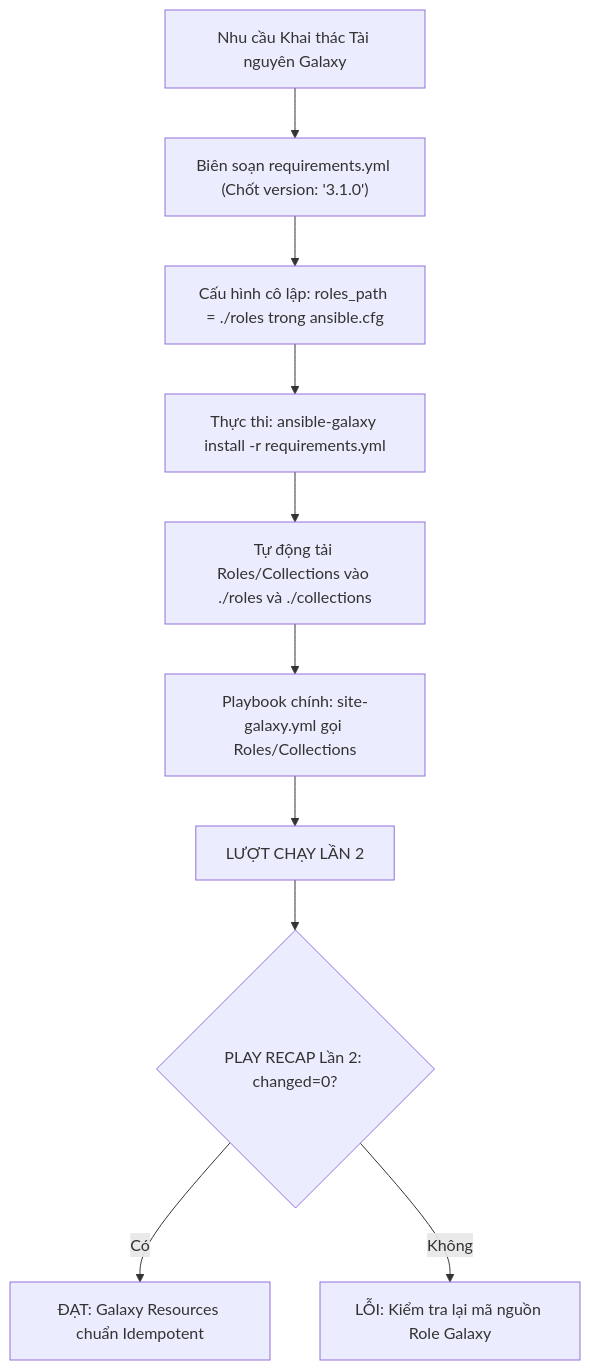
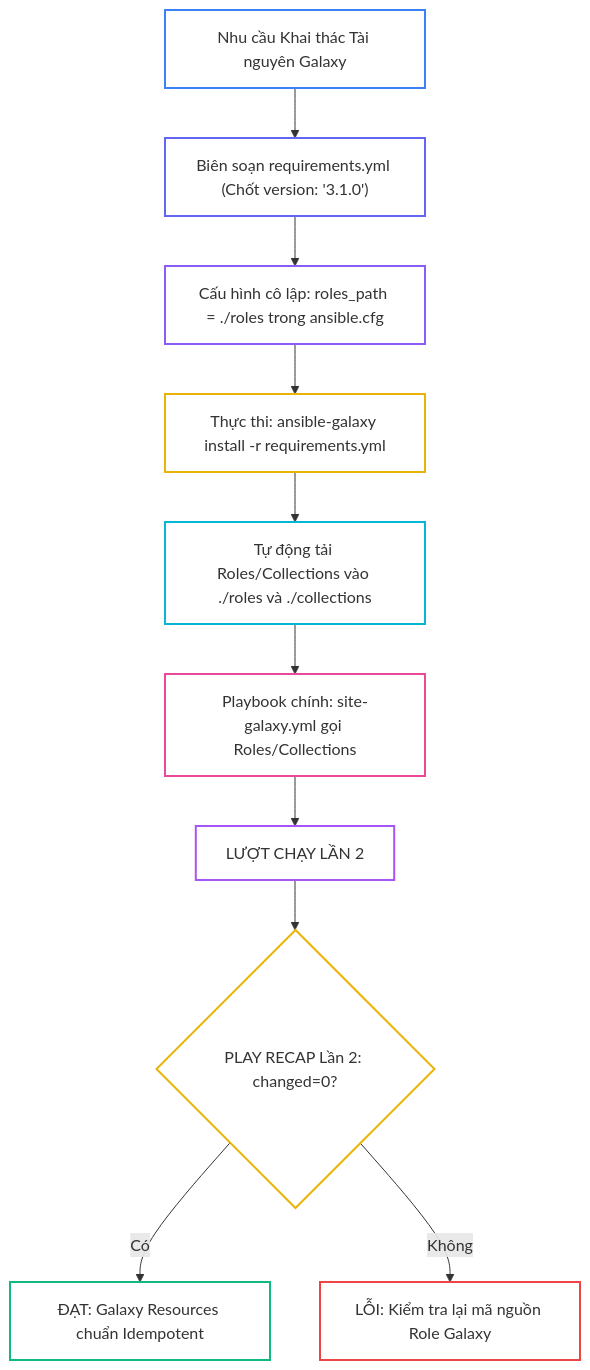
One commit to kiennt308/ntk changed the second of 3 diagrams in _posts/2026-09-13-ansible-16-16-ansible-galaxy.md. Above: the diagram before and after it, drawn with Mermaid. The commit also changed other lines of this file and 30 other files, not shown here.

````diff
--- a/_posts/2026-09-13-ansible-16-16-ansible-galaxy.md
+++ b/_posts/2026-09-13-ansible-16-16-ansible-galaxy.md
@@ -311,14 +320,25 @@
 ```mermaid
 flowchart TD
     A["Nhu cầu Khai thác Tài nguyên Galaxy"] --> B["Biên soạn requirements.yml (Chốt version: '3.1.0')"]
     B --> C["Cấu hình cô lập: roles_path = ./roles trong ansible.cfg"]
     
     C --> D["Thực thi: ansible-galaxy install -r requirements.yml"]
     D --> E["Tự động tải Roles/Collections vào ./roles và ./collections"]
     
     E --> F["Playbook chính: site-galaxy.yml gọi Roles/Collections"]
     F --> G["LƯỢT CHẠY LẦN 2"]
     G --> H{"PLAY RECAP Lần 2: changed=0?"}
-    H -- Có --> I["ĐẠT: Galaxy Resources chuẩn Idempotent"]
-    H -- Không --> J["LỖI: Kiểm tra lại mã nguồn Role Galaxy"]
+    H -->|"Có"| I["ĐẠT: Galaxy Resources chuẩn Idempotent"]
+    H -->|"Không"| J["LỖI: Kiểm tra lại mã nguồn Role Galaxy"]
+
+    style A fill:none,stroke:#3b82f6,stroke-width:2px
+    style B fill:none,stroke:#6366f1,stroke-width:2px
+    style C fill:none,stroke:#8b5cf6,stroke-width:2px
+    style D fill:none,stroke:#eab308,stroke-width:2px
+    style E fill:none,stroke:#06b6d4,stroke-width:2px
+    style F fill:none,stroke:#ec4899,stroke-width:2px
+    style G fill:none,stroke:#a855f7,stroke-width:2px
+    style H fill:none,stroke:#eab308,stroke-width:2px
+    style I fill:none,stroke:#10b981,stroke-width:2px
+    style J fill:none,stroke:#ef4444,stroke-width:2px
 ```
````
